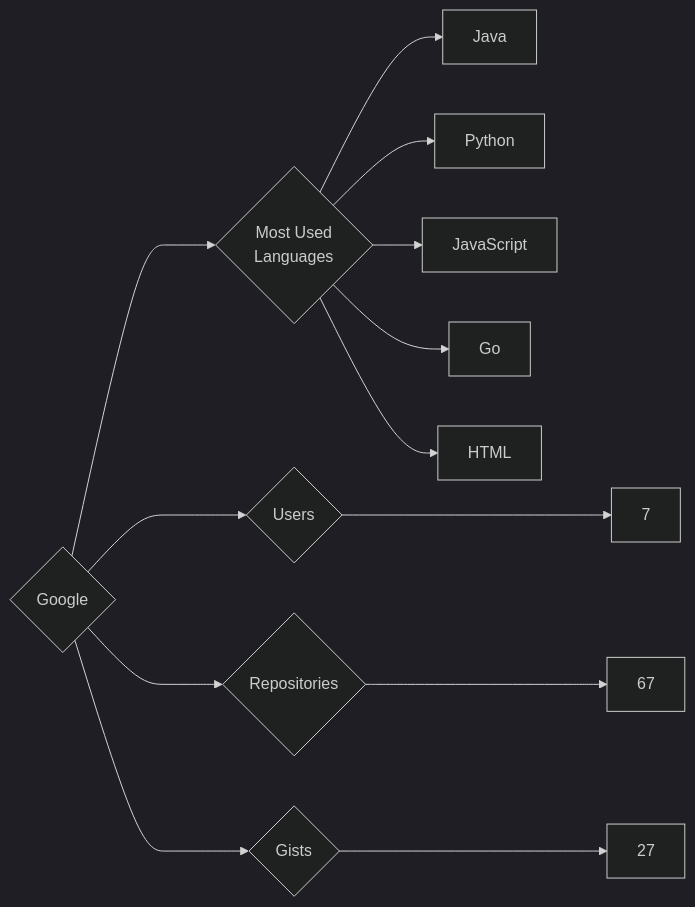
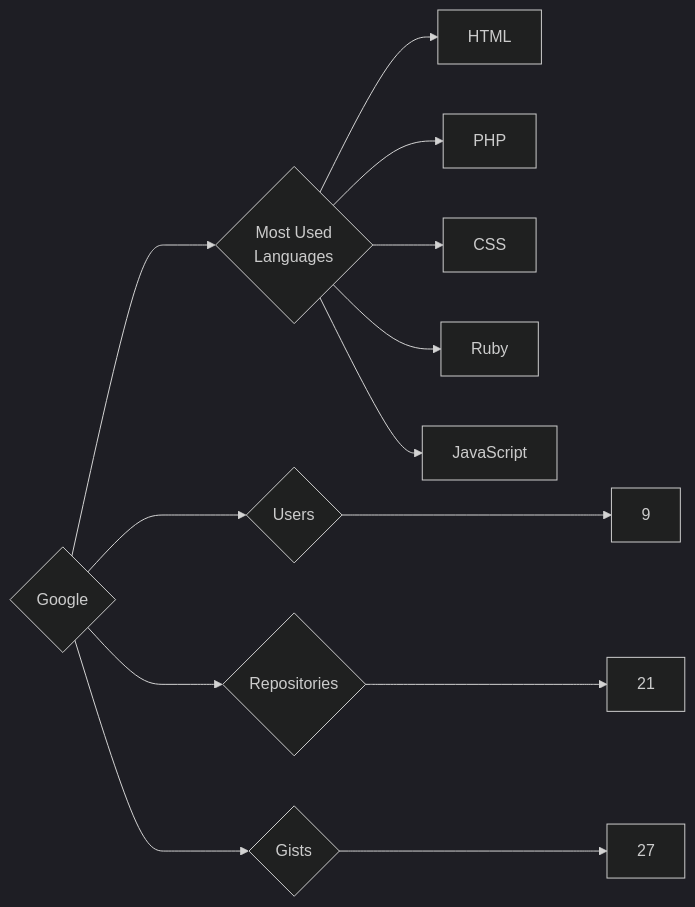
The diagram in targets/Google/README.md (trickest/insiders), drawn with Mermaid (dark theme) before and after one commit. The commit also changed 1023 other files, not shown here.

````diff
--- a/targets/Google/README.md
+++ b/targets/Google/README.md
@@ -3,13 +3,13 @@
 ```mermaid
 graph LR
 COMPANY_NAME{Google}
-COMPANY_NAME ---> U{Users} ---> UN[7]
-COMPANY_NAME ---> R{Repositories} ---> RN[67]
+COMPANY_NAME ---> U{Users} ---> UN[9]
+COMPANY_NAME ---> R{Repositories} ---> RN[21]
 COMPANY_NAME ---> G{Gists} ---> GN[27]
 COMPANY_NAME ---> ML{Most Used<br>Languages}
-ML --> Java[Java]
-ML --> Python[Python]
+ML --> HTML[HTML]
+ML --> PHP[PHP]
+ML --> CSS[CSS]
+ML --> Ruby[Ruby]
 ML --> JavaScript[JavaScript]
-ML --> Go[Go]
-ML --> HTML[HTML]
 ```
````
